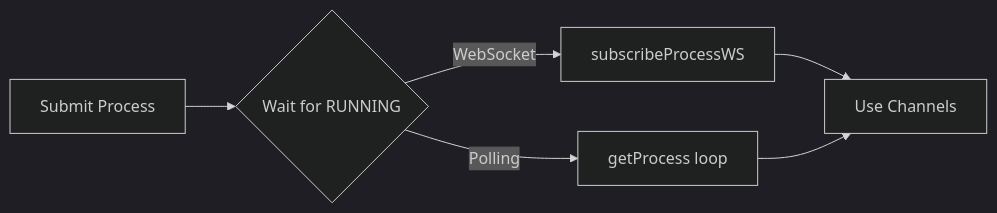
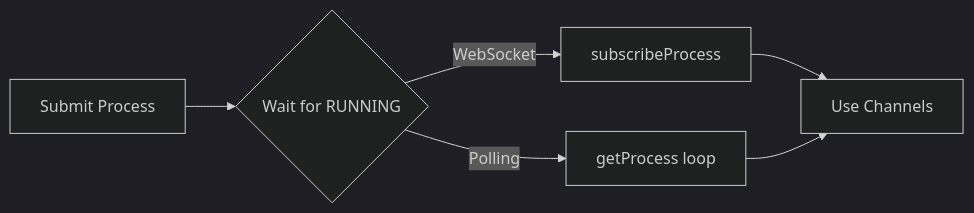
One commit to colonyos/colonies-ts changed the third of 6 diagrams in docs/channels.md. Above: the diagram before and after it, drawn with Mermaid (dark theme). The commit also changed other lines of this file and 14 other files, not shown here.

````diff
--- a/docs/channels.md
+++ b/docs/channels.md
@@ -84,8 +84,8 @@
 ```mermaid
 flowchart LR
     A[Submit Process] --> B{Wait for RUNNING}
-    B -->|WebSocket| C[subscribeProcessWS]
+    B -->|WebSocket| C[subscribeProcess]
     B -->|Polling| D[getProcess loop]
     C --> E[Use Channels]
     D --> E
 ```
````
